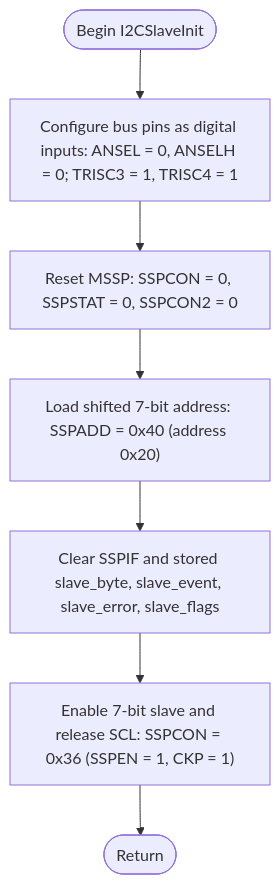
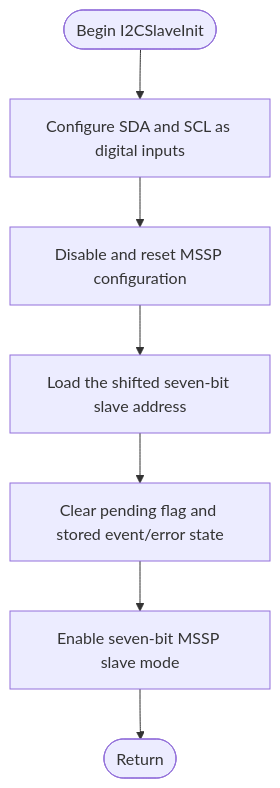
The second of 10 diagrams in LabAssignments/support/Lab10-I2C-Slave-Three-Level-Student-Guide.md (rosstimo/RCET3375), drawn with Mermaid before and after one commit.

Commit message:
Restore concise I2CSlaveInit flowchart

````diff
--- a/LabAssignments/support/Lab10-I2C-Slave-Three-Level-Student-Guide.md
+++ b/LabAssignments/support/Lab10-I2C-Slave-Three-Level-Student-Guide.md
@@ -88,9 +88,9 @@
 ```mermaid
 flowchart TD
-    Begin(["Begin I2CSlaveInit"]) --> Pins["Configure bus pins as digital inputs: ANSEL = 0, ANSELH = 0; TRISC3 = 1, TRISC4 = 1"]
-    Pins --> Reset["Reset MSSP: SSPCON = 0, SSPSTAT = 0, SSPCON2 = 0"]
-    Reset --> Address["Load shifted 7-bit address: SSPADD = 0x40 (address 0x20)"]
-    Address --> State["Clear SSPIF and stored slave_byte, slave_event, slave_error, slave_flags"]
-    State --> Enable["Enable 7-bit slave and release SCL: SSPCON = 0x36 (SSPEN = 1, CKP = 1)"]
-    Enable --> Exit(["Return"])
+    Begin([Begin I2CSlaveInit]) --> Pins["Configure SDA and SCL as digital inputs"]
+    Pins --> Clear["Disable and reset MSSP configuration"]
+    Clear --> Address["Load the shifted seven-bit slave address"]
+    Address --> Status["Clear pending flag and stored event/error state"]
+    Status --> Enable["Enable seven-bit MSSP slave mode"]
+    Enable --> Exit([Return])
 ```
````
